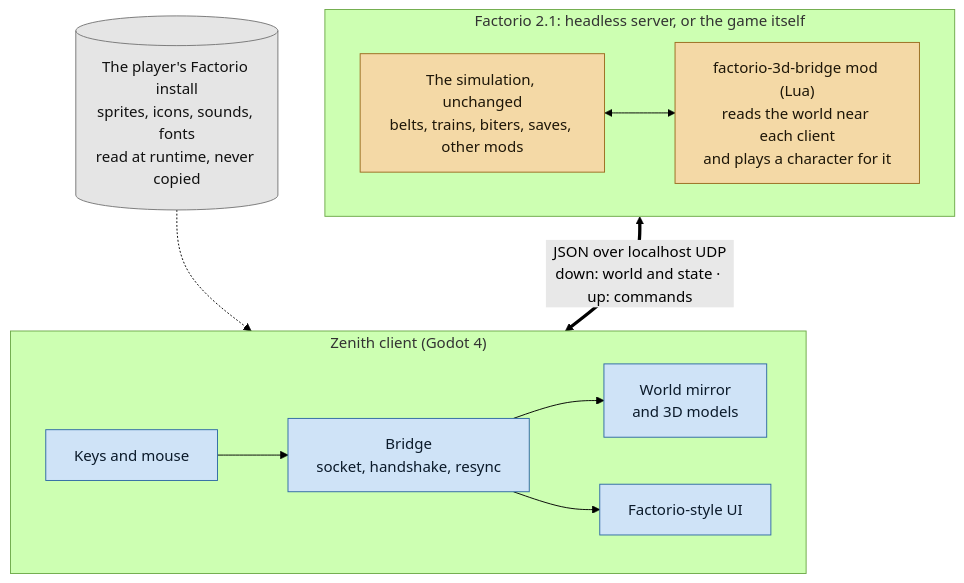
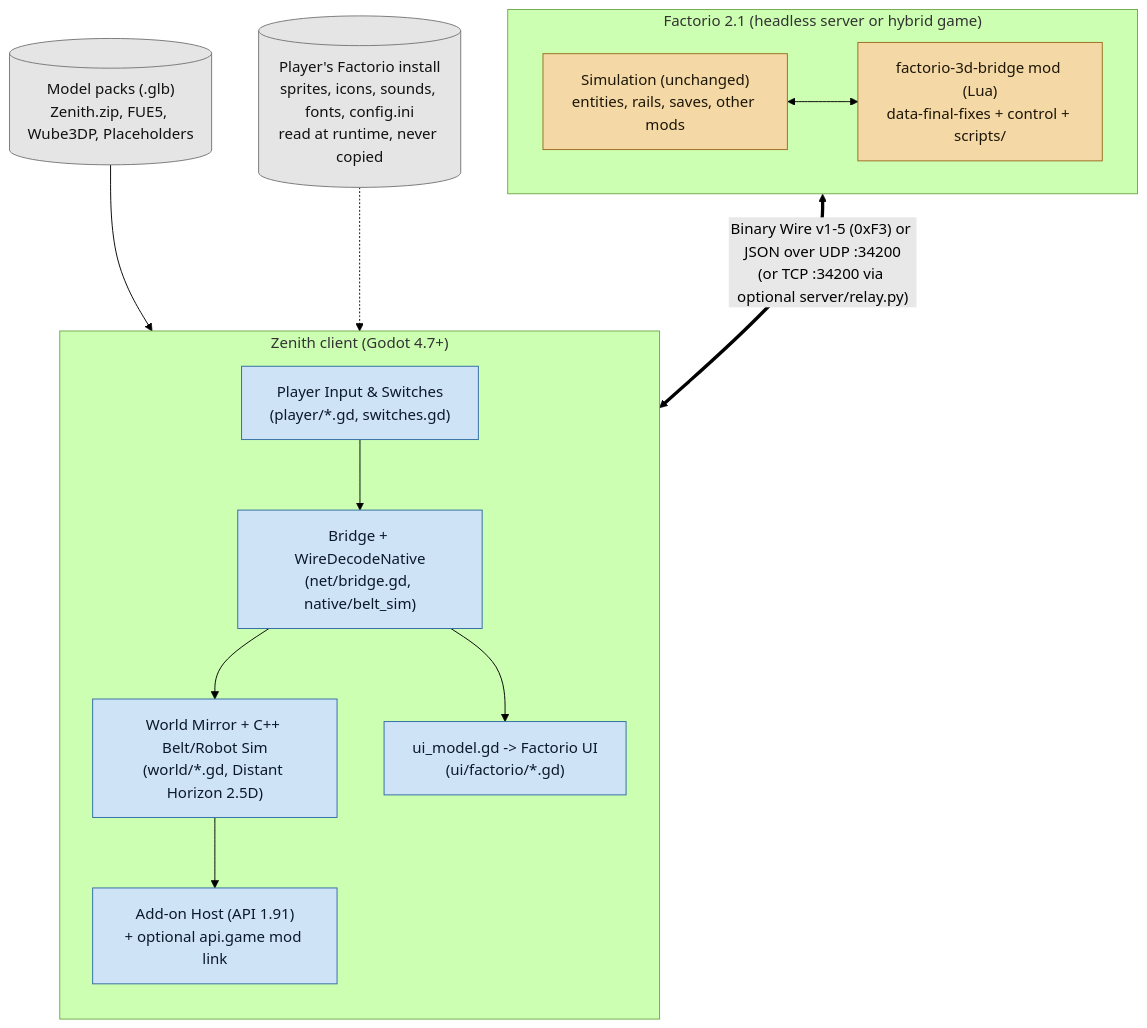
Before and after one commit to Zenith-3D-Team/Zenith: the first of 4 diagrams in ARCHITECTURE.md, drawn with Mermaid (forest theme). The commit also changed other lines of this file and 1999 other files, not shown here.

````diff
--- a/ARCHITECTURE.md
+++ b/ARCHITECTURE.md
@@ -12,22 +9,27 @@
 ```mermaid
 flowchart TB
-    subgraph F["Factorio 2.1: headless server, or the game itself"]
+    subgraph F["Factorio 2.1 (headless server or hybrid game)"]
         direction LR
-        SIM["The simulation, unchanged<br/>belts, trains, biters, saves, other mods"] <--> MOD["factorio-3d-bridge mod (Lua)<br/>reads the world near each client<br/>and plays a character for it"]
+        SIM["Simulation (unchanged)<br/>entities, rails, saves, other mods"] <--> MOD["factorio-3d-bridge mod (Lua)<br/>data-final-fixes + control + scripts/"]
     end
-    MOD <== "JSON over localhost UDP<br/>down: world and state · up: commands" ==> NET
-    subgraph C["Zenith client (Godot 4)"]
-        direction LR
-        INPUT["Keys and mouse"] --> NET["Bridge<br/>socket, handshake, resync"]
-        NET --> WORLD["World mirror<br/>and 3D models"]
-        NET --> UI["Factorio-style UI"]
+
+    MOD <== "Binary Wire v1-5 (0xF3) or JSON over UDP :34200<br/>(or TCP :34200 via optional server/relay.py)" ==> NET
+
+    subgraph C["Zenith client (Godot 4.7+)"]
+        direction TB
+        INPUT["Player Input & Switches<br/>(player/*.gd, switches.gd)"] --> NET["Bridge + WireDecodeNative<br/>(net/bridge.gd, native/belt_sim)"]
+        NET --> WORLD["World Mirror + C++ Belt/Robot Sim<br/>(world/*.gd, Distant Horizon 2.5D)"]
+        NET --> UI["ui_model.gd -> Factorio UI<br/>(ui/factorio/*.gd)"]
+        WORLD --> ADDONS["Add-on Host (API 1.91)<br/>+ optional api.game mod link"]
     end
-    INSTALL[("The player's Factorio install<br/>sprites, icons, sounds, fonts<br/>read at runtime, never copied")] -.-> C
+
+    INSTALL[("Player's Factorio install<br/>sprites, icons, sounds, fonts, config.ini<br/>read at runtime, never copied")] -.-> C
+    PACKS[("Model packs (.glb)<br/>Zenith.zip, FUE5, Wube3DP, Placeholders")] --> WORLD
 
     classDef game fill:#f4d9a6,stroke:#9a6b1f,color:#1d1608
     classDef client fill:#cfe3f7,stroke:#2f6aa3,color:#0b1a2a
     classDef data fill:#e5e5e5,stroke:#777,color:#111
     class SIM,MOD game
-    class NET,WORLD,UI,INPUT client
-    class INSTALL data
+    class NET,WORLD,UI,INPUT,ADDONS client
+    class INSTALL,PACKS data
 ```
````
